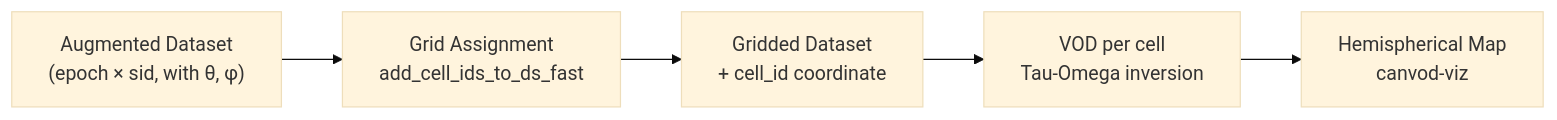
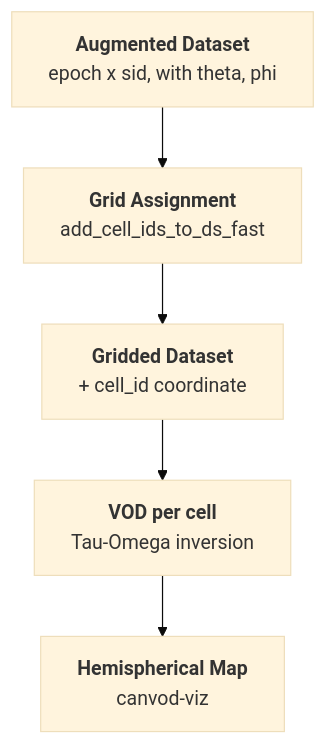
One commit to konstantinschellenberg/canvodpy changed the diagram in docs/packages/grids/overview.md. Above: the diagram before and after it, drawn with Mermaid (base theme). The commit also changed 38 other files, not shown here.

````diff
--- a/docs/packages/grids/overview.md
+++ b/docs/packages/grids/overview.md
@@ -191,7 +191,13 @@
 ```mermaid
-flowchart LR
-    A["Augmented Dataset\n(epoch × sid, with θ, φ)"] --> B["Grid Assignment\nadd_cell_ids_to_ds_fast"]
-    B --> C["Gridded Dataset\n+ cell_id coordinate"]
-    C --> D["VOD per cell\nTau-Omega inversion"]
-    D --> E["Hemispherical Map\ncanvod-viz"]
+flowchart TD
+    A["`**Augmented Dataset**
+    epoch x sid, with theta, phi`"]
+    A --> B["`**Grid Assignment**
+    add_cell_ids_to_ds_fast`"]
+    B --> C["`**Gridded Dataset**
+    + cell_id coordinate`"]
+    C --> D["`**VOD per cell**
+    Tau-Omega inversion`"]
+    D --> E["`**Hemispherical Map**
+    canvod-viz`"]
 ```
````
